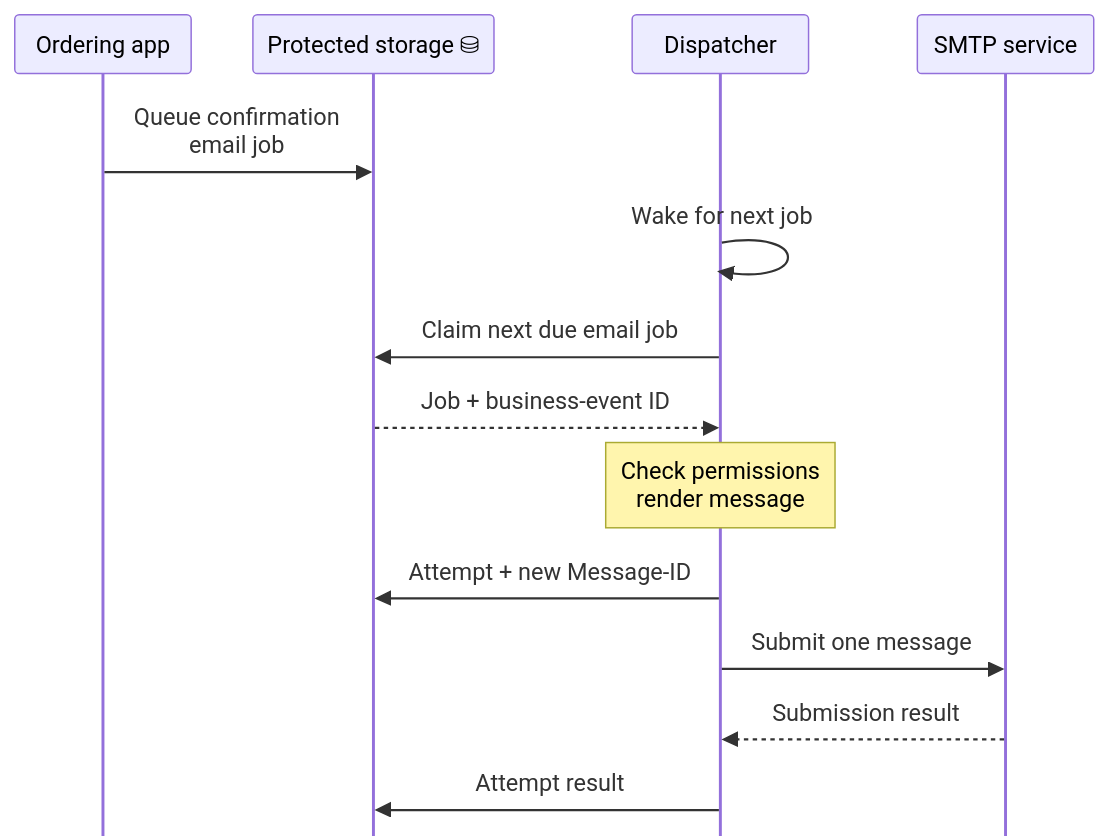
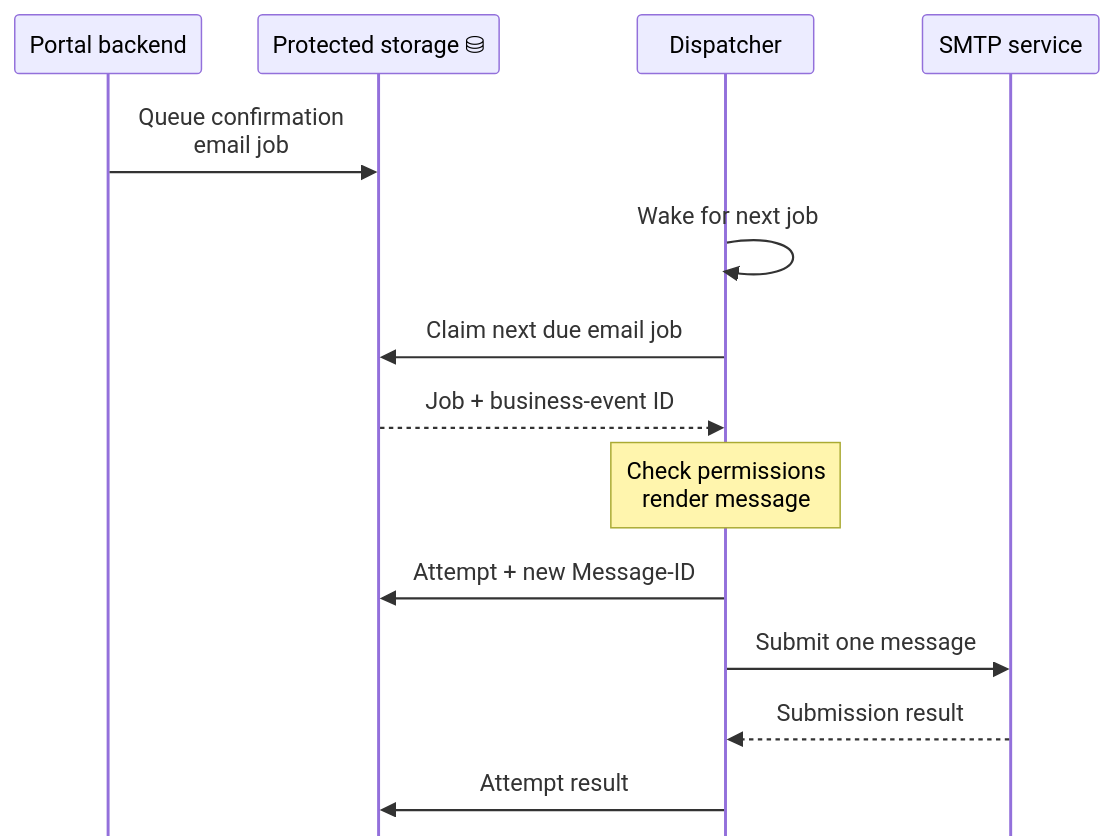
The third of 5 diagrams in src/journal/2026-09-10-mail-at-polar-meridian-systems.md (simple-java-mail/simplejavamail.org), drawn with Mermaid before and after one commit. The commit also changed other lines of this file and 7 other files, not shown here.

````diff
--- a/src/journal/2026-09-10-mail-at-polar-meridian-systems.md
+++ b/src/journal/2026-09-10-mail-at-polar-meridian-systems.md
@@ -163,20 +171,20 @@
 ```mermaid
 %%{init: { "sequence": { "mirrorActors": false, "actorMargin": 24, "width": 120, "height": 40, "messageMargin": 24, "diagramMarginX": 8, "diagramMarginY": 8 }, "themeCSS": "rect.actor[name=store] { fill: #E6E8EA; stroke: #757D84; } .actor-line[name=store] { stroke: #757D84; }" } }%%
 sequenceDiagram
     accTitle: An order confirmation and its attempt record
-    accDescr: The ordering application queues an order-confirmation email job from its outbox. The dispatcher wakes to poll for due jobs, claims one from protected storage, checks permissions and renders the message. It stores an attempt with a new Message-ID before submitting to SMTP, then records the outcome against that attempt.
-    participant app as Ordering app
+    accDescr: The ordering portal's backend queues an order-confirmation email job from its outbox. The dispatcher wakes to poll for due jobs, claims one from protected storage, checks permissions and renders the message. It stores an attempt with a new Message-ID before submitting to SMTP, then records the outcome against that attempt.
+    participant app as Portal backend
     participant store as Protected storage ⛁
     participant worker as Dispatcher
     participant smtp as SMTP service
 
     app->>store: Queue confirmation<br/>email job
     worker->>worker: Wake for next job
     worker->>store: Claim next due email job
     store-->>worker: Job + business-event ID
     Note over worker: Check permissions<br/>render message
     worker->>store: Attempt + new Message-ID
     worker->>smtp: Submit one message
     smtp-->>worker: Submission result
     worker->>store: Attempt result
 ```
````
